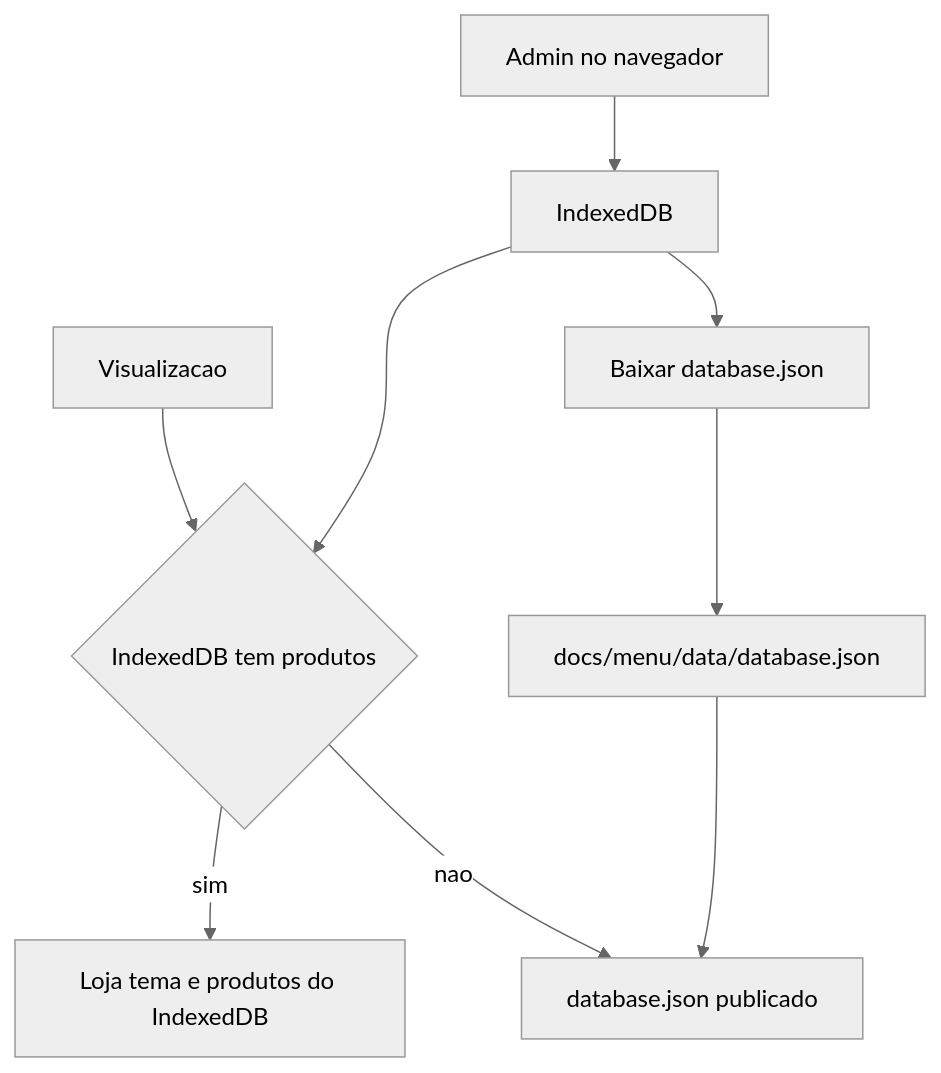
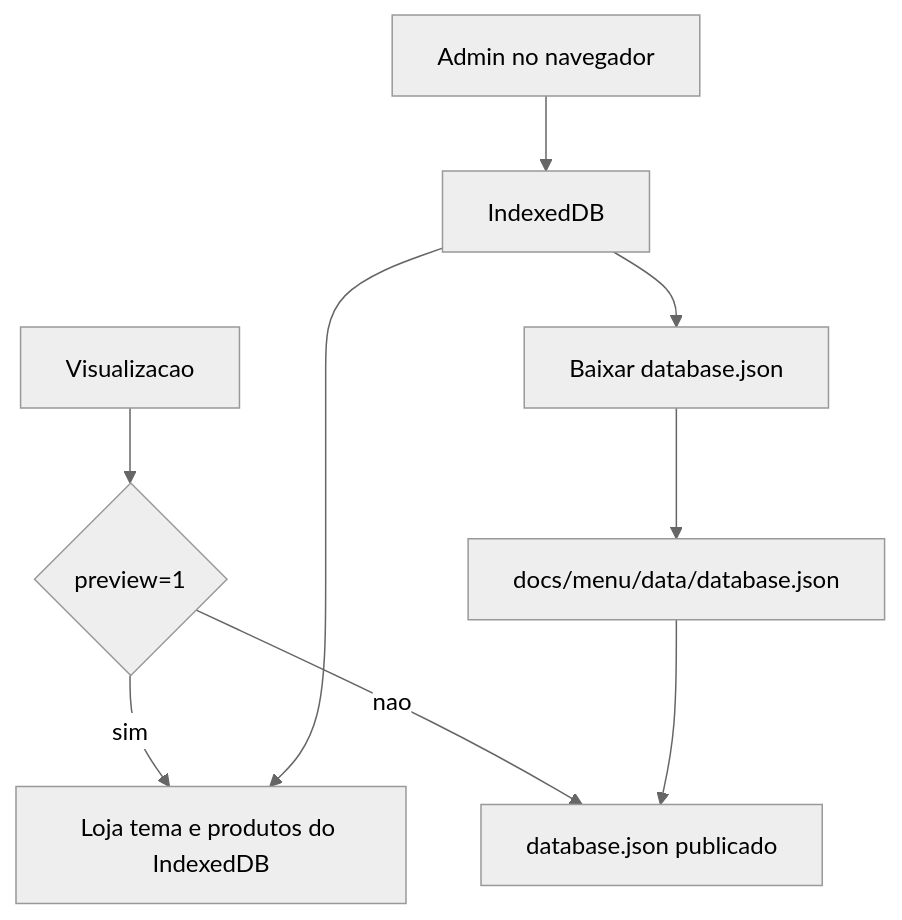
Before and after one commit to lockland/lockland.github.io: the diagram in utils/prd.md, drawn with Mermaid (neutral theme). The commit also changed other lines of this file and 39 other files, not shown here.

First line of the commit message:
Publica o cardápio com prévia local, impressão no tema e edição em modal.

````diff
--- a/utils/prd.md
+++ b/utils/prd.md
@@ -23,11 +23,11 @@
 ```mermaid
 flowchart TD
-  view[Visualizacao] --> temProdutos{IndexedDB tem produtos}
-  temProdutos -->|sim| local[Loja tema e produtos do IndexedDB]
-  temProdutos -->|nao| json[database.json publicado]
+  view[Visualizacao] --> preview{preview=1}
+  preview -->|sim| local[Loja tema e produtos do IndexedDB]
+  preview -->|nao| json[database.json publicado]
   admin[Admin no navegador] --> idb[IndexedDB]
-  idb --> temProdutos
+  idb --> local
   idb --> publicar[Baixar database.json]
   publicar --> repo[docs/menu/data/database.json]
   repo --> json
 ```
````
